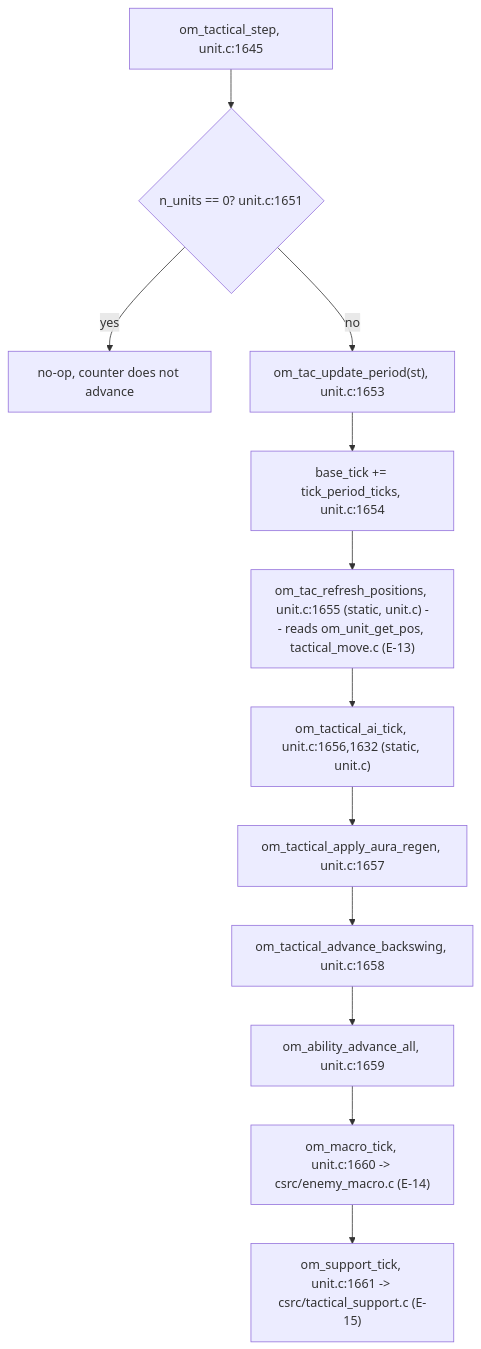
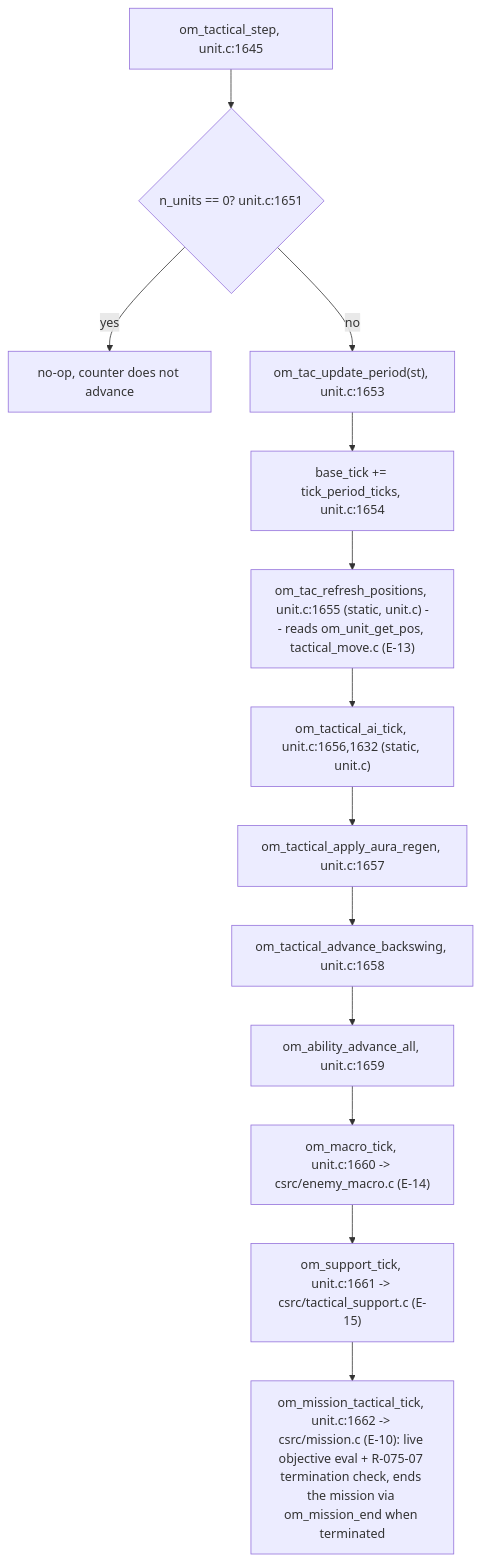
Before and after one commit to Westopoli/ouroboros-manifold: the second of 2 diagrams in docs/architecture.md, drawn with Mermaid. The commit also changed other lines of this file and 11 other files, not shown here.

````diff
--- a/docs/architecture.md
+++ b/docs/architecture.md
@@ -366,14 +370,15 @@
 ```mermaid
 flowchart TD
     A["om_tactical_step, unit.c:1645"] --> B{"n_units == 0? unit.c:1651"}
     B -- yes --> Z["no-op, counter does not advance"]
     B -- no --> C["om_tac_update_period(st), unit.c:1653"]
     C --> D["base_tick += tick_period_ticks, unit.c:1654"]
     D --> E["om_tac_refresh_positions, unit.c:1655 (static, unit.c) -- reads om_unit_get_pos, tactical_move.c (E-13)"]
     E --> F["om_tactical_ai_tick, unit.c:1656,1632 (static, unit.c)"]
     F --> G["om_tactical_apply_aura_regen, unit.c:1657"]
     G --> H["om_tactical_advance_backswing, unit.c:1658"]
     H --> I["om_ability_advance_all, unit.c:1659"]
     I --> J["om_macro_tick, unit.c:1660 -> csrc/enemy_macro.c (E-14)"]
     J --> K["om_support_tick, unit.c:1661 -> csrc/tactical_support.c (E-15)"]
+    K --> L["om_mission_tactical_tick, unit.c:1662 -> csrc/mission.c (E-10): live objective eval + R-075-07 termination check, ends the mission via om_mission_end when terminated"]
 ```
````
